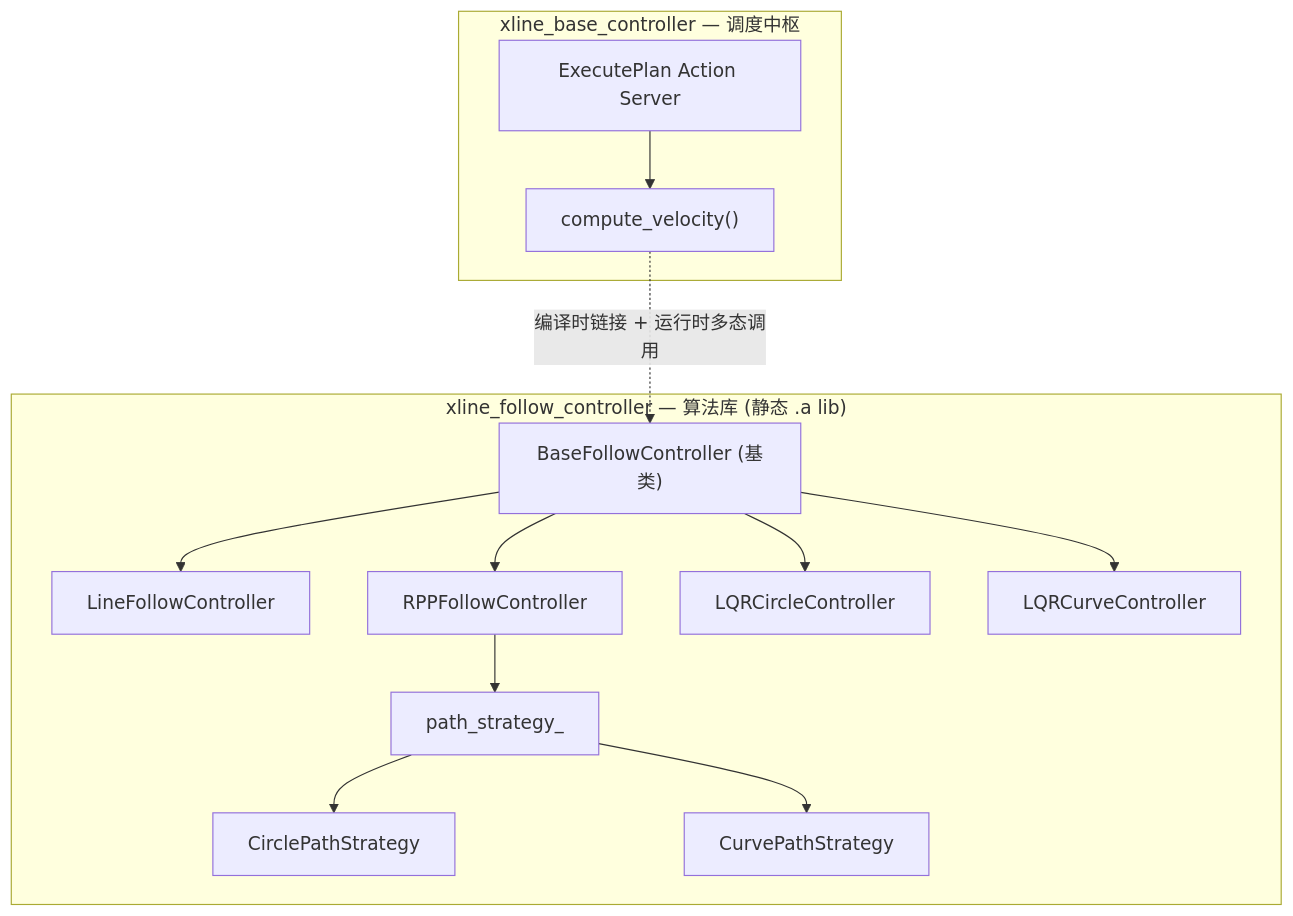
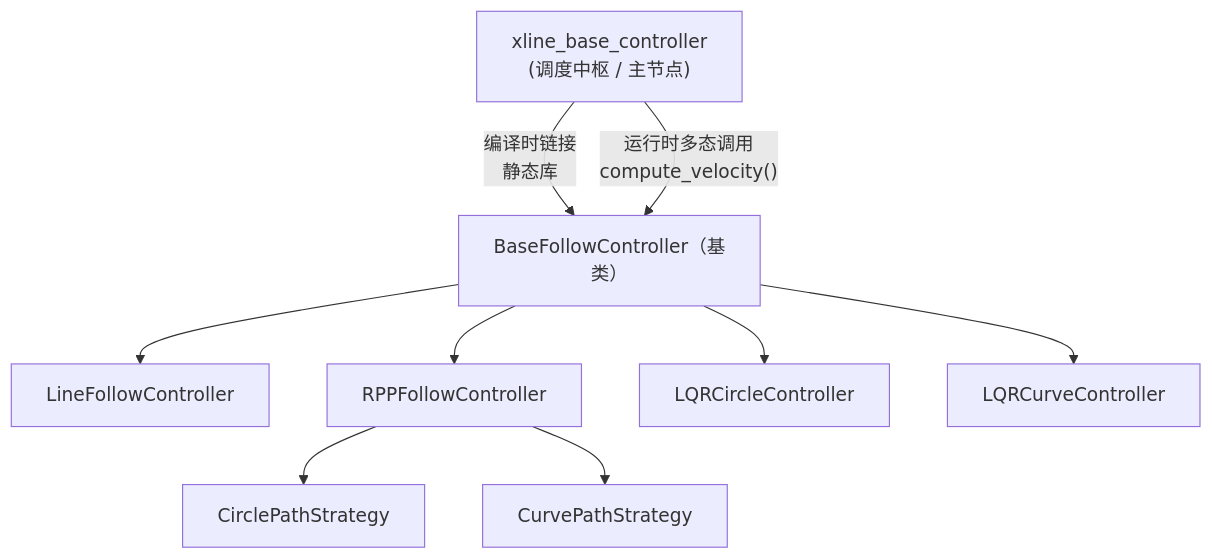
Before and after one commit to monstersjack/obsidian__ubuntu__project: the second of 5 diagrams in a_黎伯项目/a__第一版机器相关代码及自述文件/readme/07_核心模块精读/03_xline_base_controller_运动控制中心.md, drawn with Mermaid. The commit also changed other lines of this file and 14 other files, not shown here.

````diff
--- a/a_黎伯项目/a__第一版机器相关代码及自述文件/readme/07_核心模块精读/03_xline_base_controller_运动控制中心.md
+++ b/a_黎伯项目/a__第一版机器相关代码及自述文件/readme/07_核心模块精读/03_xline_base_controller_运动控制中心.md
@@ -120,16 +164,11 @@
 ```mermaid
 flowchart TD
-    subgraph BC["xline_base_controller — 调度中枢"]
-        A["ExecutePlan Action Server"] --> V["compute_velocity()"]
-    end
-    subgraph FC["xline_follow_controller — 算法库 (静态 .a lib)"]
-        B["BaseFollowController (基类)"] --> L1["LineFollowController"]
-        B --> R1["RPPFollowController"]
-        R1 --> P["path_strategy_"]
-        P --> CS["CirclePathStrategy"]
-        P --> CVS["CurvePathStrategy"]
-        B --> LQ1["LQRCircleController"]
-        B --> LQ2["LQRCurveController"]
-    end
-    V -. "编译时链接 + 运行时多态调用" .-> B
+    S["xline_base_controller<br/>(调度中枢 / 主节点)"] -->|"编译时链接<br/>静态库"| B["BaseFollowController（基类）"]
+    B --> L1["LineFollowController"]
+    B --> R["RPPFollowController"]
+    R --> C1["CirclePathStrategy"]
+    R --> C2["CurvePathStrategy"]
+    B --> L2["LQRCircleController"]
+    B --> L3["LQRCurveController"]
+    S -->|"运行时多态调用<br/>compute_velocity()"| B
 ```
````
